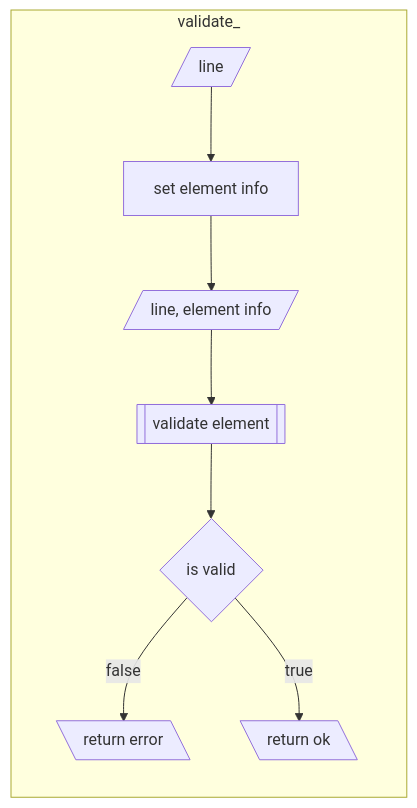
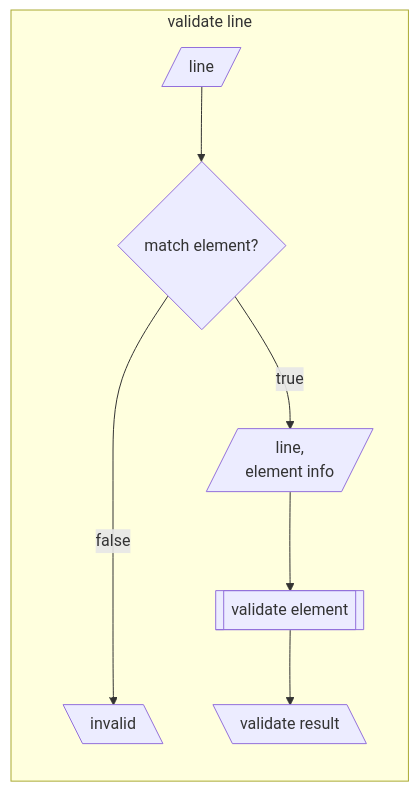
One commit to dattekoda/miniRT changed the second of 3 diagrams in docs/validate.md. Above: the diagram before and after it, drawn with Mermaid. The commit also changed other lines of this file and 6 other files, not shown here.

````diff
--- a/docs/validate.md
+++ b/docs/validate.md
@@ -21,13 +16,13 @@
 ```mermaid
 flowchart
-	subgraph validate_
+	subgraph validate line
 	direction TB
-	input1[/line/]-->v1
-	v1[set element info]
-	v1-->input2[/line, element info/]
-	input2-->v2[[validate element]]
-	v2-->if1{is valid}
-	if1-->|false|output1[\return error\]
-	if1-->|true|output2[\return ok\]
+	input1[/line/]-->if1
+	if1{match element?}-->|true|input2
+	if1---->|false|output2[\invalid\]
+	input2[/line,
+	element info/]-->vl1
+	vl1[[validate element]]-->output
+	output[\validate result\]
 	end
 ```
````
